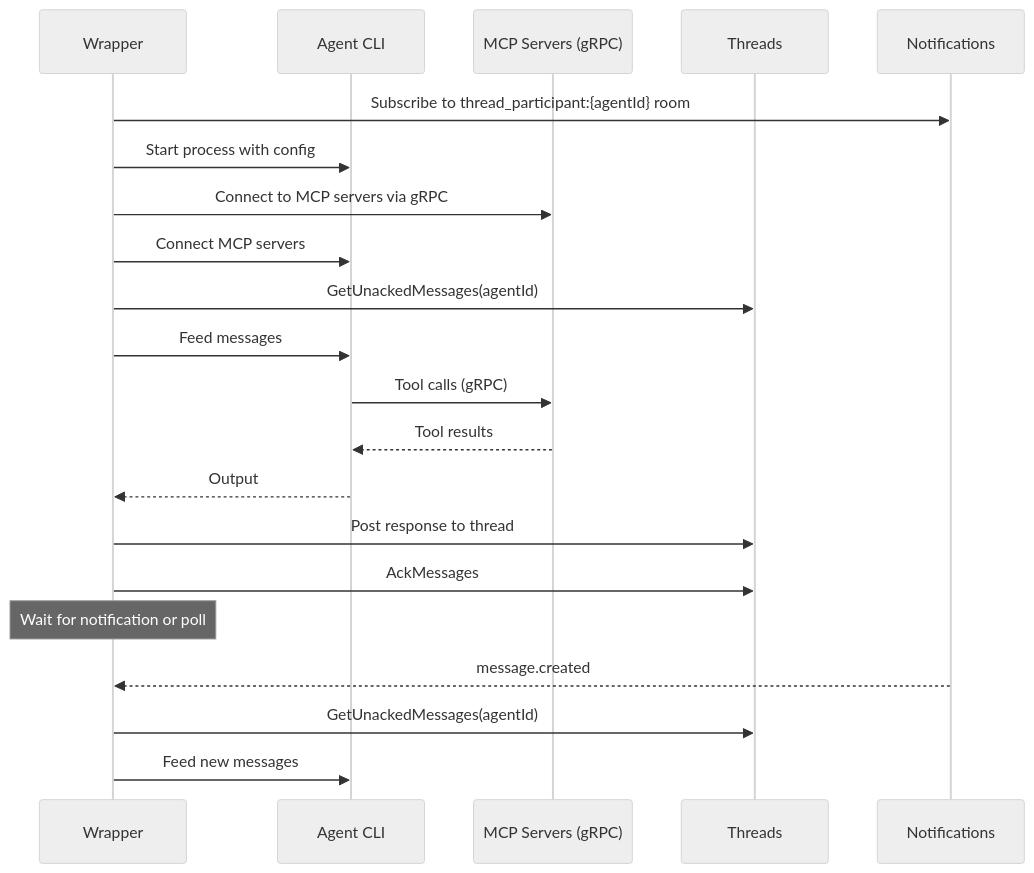
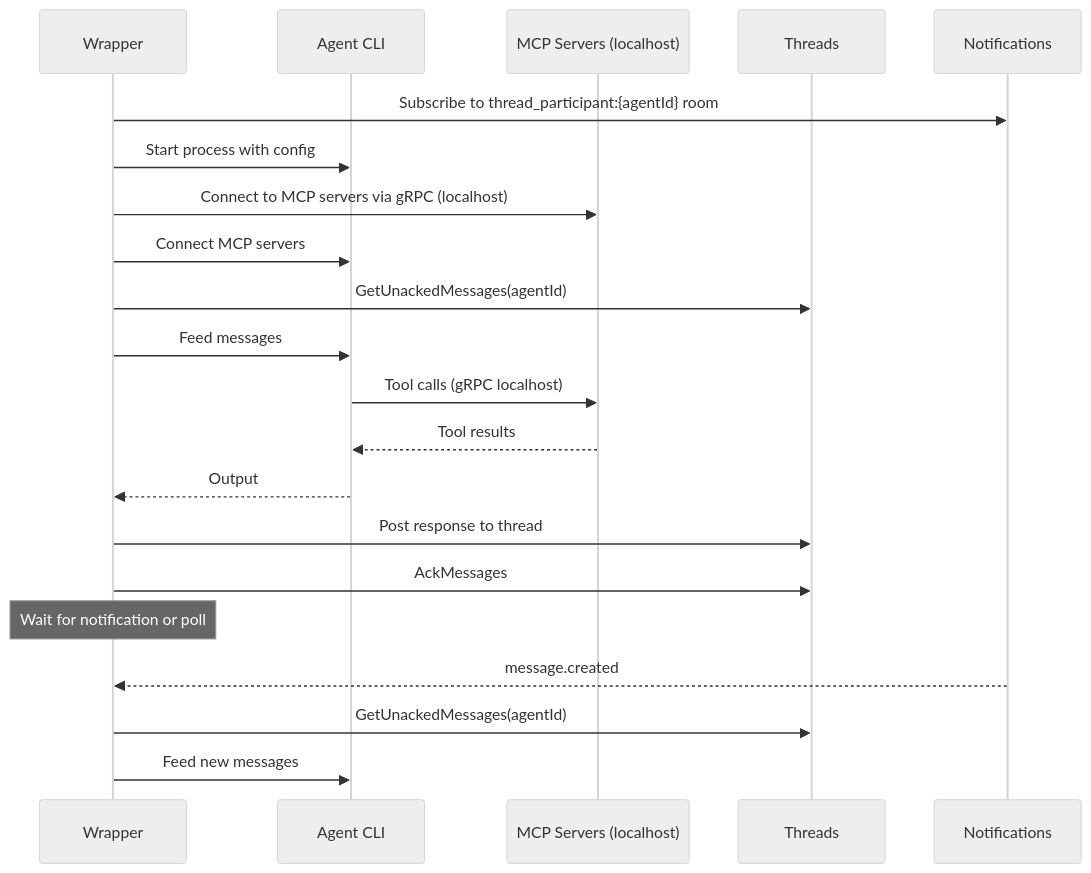
One commit to agynio/architecture changed the third of 4 diagrams in architecture/agent/overview.md. Above: the diagram before and after it, drawn with Mermaid (neutral theme). The commit also changed other lines of this file and 11 other files, not shown here.

First line of the commit message:
MCP servers as sidecars, identity scoped to agentId+threadId

````diff
--- a/architecture/agent/overview.md
+++ b/architecture/agent/overview.md
@@ -116,24 +114,24 @@
 ```mermaid
 sequenceDiagram
     participant W as Wrapper
     participant CLI as Agent CLI
-    participant MCP as MCP Servers (gRPC)
+    participant MCP as MCP Servers (localhost)
     participant T as Threads
     participant N as Notifications
 
     W->>N: Subscribe to thread_participant:{agentId} room
     W->>CLI: Start process with config
-    W->>MCP: Connect to MCP servers via gRPC
+    W->>MCP: Connect to MCP servers via gRPC (localhost)
     W->>CLI: Connect MCP servers
     W->>T: GetUnackedMessages(agentId)
     W->>CLI: Feed messages
-    CLI->>MCP: Tool calls (gRPC)
+    CLI->>MCP: Tool calls (gRPC localhost)
     MCP-->>CLI: Tool results
     CLI-->>W: Output
     W->>T: Post response to thread
     W->>T: AckMessages
     Note over W: Wait for notification or poll
     N-->>W: message.created
     W->>T: GetUnackedMessages(agentId)
     W->>CLI: Feed new messages
 ```
````
